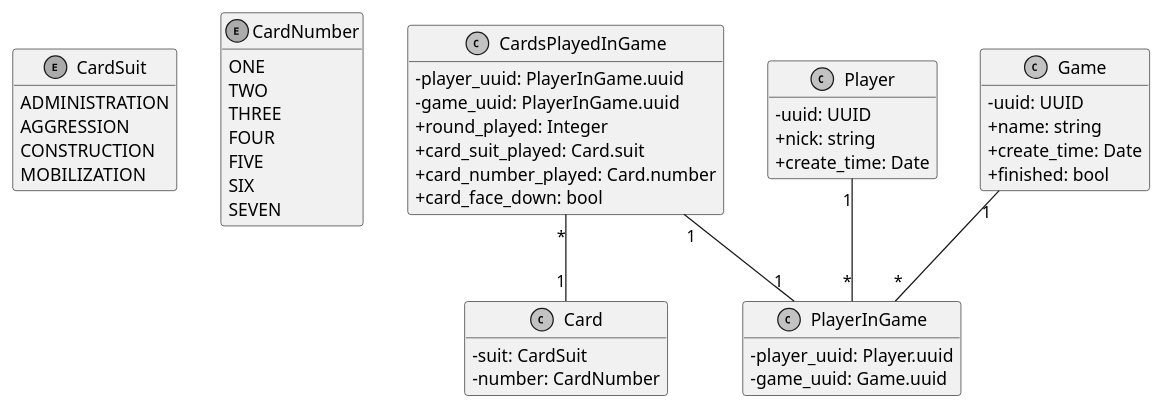
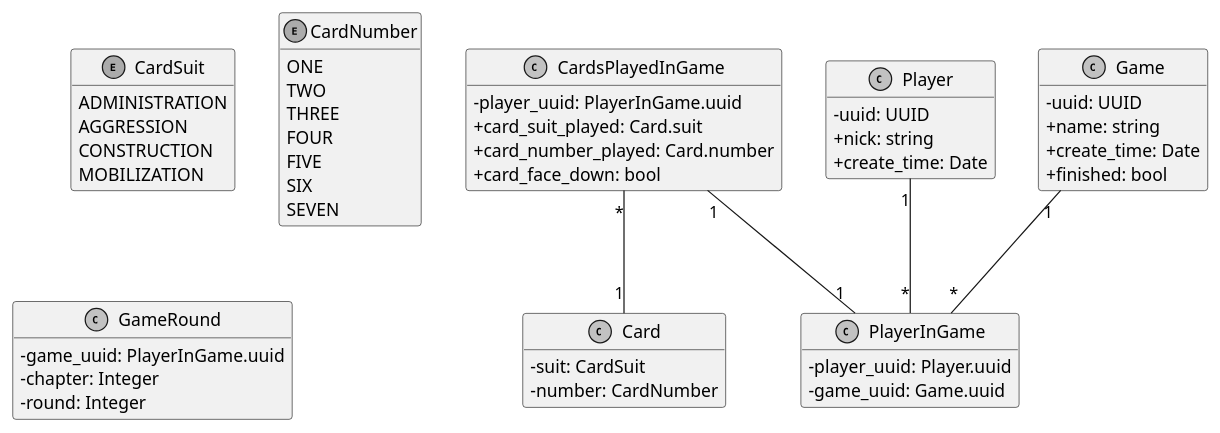
Before and after one commit to dandon223/ArcTracker: the diagram in docs/database_class_diagram.rst, drawn with PlantUML. The commit also changed 6 other files, not shown here.

```diff
--- a/docs/database_class_diagram.rst
+++ b/docs/database_class_diagram.rst
@@ -4,66 +4,70 @@
 .. uml::
 
       @startuml
       
       'style options 
       skinparam monochrome true
       skinparam circledCharacterRadius 9
       skinparam circledCharacterFontSize 8
       skinparam classAttributeIconSize 0
       hide empty members
 
       enum CardSuit {
         ADMINISTRATION
         AGGRESSION
         CONSTRUCTION
         MOBILIZATION
       }
 
       enum CardNumber {
         ONE
         TWO
         THREE
         FOUR
         FIVE
         SIX
         SEVEN
       }
 
       class Card {
         - suit: CardSuit
         - number: CardNumber
       }
 
       class Player {
         - uuid: UUID
         + nick: string
         + create_time: Date
       }
 
       class Game {
         - uuid: UUID
         + name: string
         + create_time: Date
         + finished: bool
       }
 
       class PlayerInGame {
         - player_uuid: Player.uuid
         - game_uuid: Game.uuid
       }
 
       Player "1" -- "*" PlayerInGame
       Game "1" -- "*" PlayerInGame
 
+      class GameRound {
+        - game_uuid: PlayerInGame.uuid
+        - chapter: Integer
+        - round: Integer
+      }
+
       class CardsPlayedInGame {
         - player_uuid: PlayerInGame.uuid
-        - game_uuid: PlayerInGame.uuid
-        + round_played: Integer
         + card_suit_played: Card.suit
         + card_number_played: Card.number
         + card_face_down: bool
       }
 
       CardsPlayedInGame "*" -- "1" Card
       CardsPlayedInGame "1" -- "1" PlayerInGame
       @enduml
```
